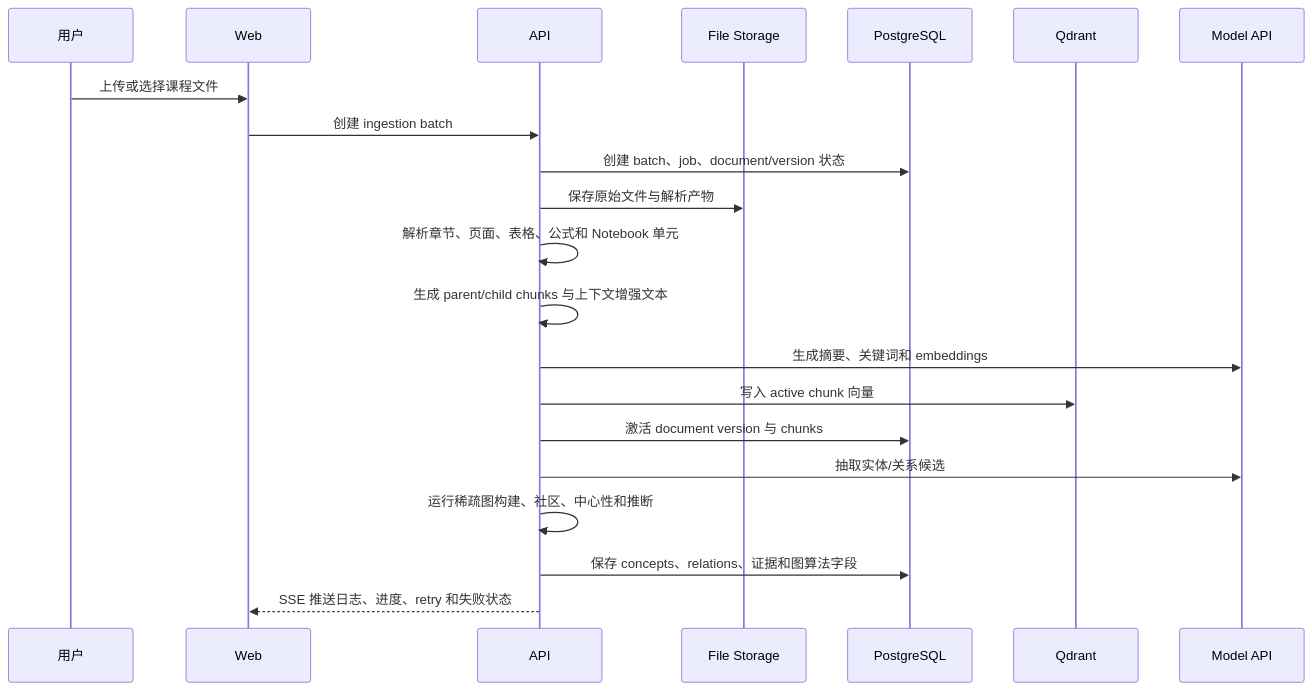
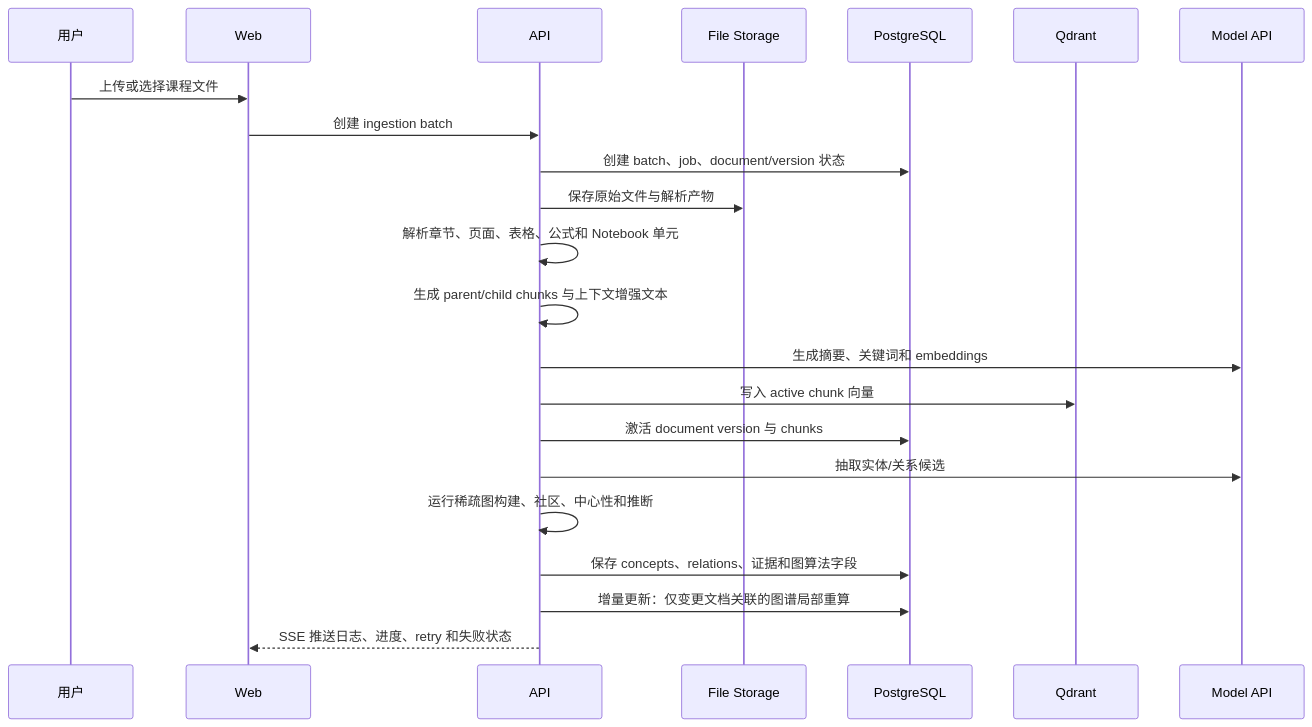
Before and after one commit to Sggggt/DialoGraph: the second of 5 diagrams in README.md, drawn with Mermaid. The commit also changed other lines of this file and 31 other files, not shown here.

````diff
--- a/README.md
+++ b/README.md
@@ -92,24 +94,25 @@
 ```mermaid
 sequenceDiagram
     participant 用户
     participant Web
     participant API
     participant 文件 as File Storage
     participant DB as PostgreSQL
     participant Vector as Qdrant
     participant Model as Model API
 
     用户->>Web: 上传或选择课程文件
     Web->>API: 创建 ingestion batch
     API->>DB: 创建 batch、job、document/version 状态
     API->>文件: 保存原始文件与解析产物
     API->>API: 解析章节、页面、表格、公式和 Notebook 单元
     API->>API: 生成 parent/child chunks 与上下文增强文本
     API->>Model: 生成摘要、关键词和 embeddings
     API->>Vector: 写入 active chunk 向量
     API->>DB: 激活 document version 与 chunks
     API->>Model: 抽取实体/关系候选
     API->>API: 运行稀疏图构建、社区、中心性和推断
     API->>DB: 保存 concepts、relations、证据和图算法字段
+    API->>DB: 增量更新：仅变更文档关联的图谱局部重算
     API-->>Web: SSE 推送日志、进度、retry 和失败状态
 ```
````
